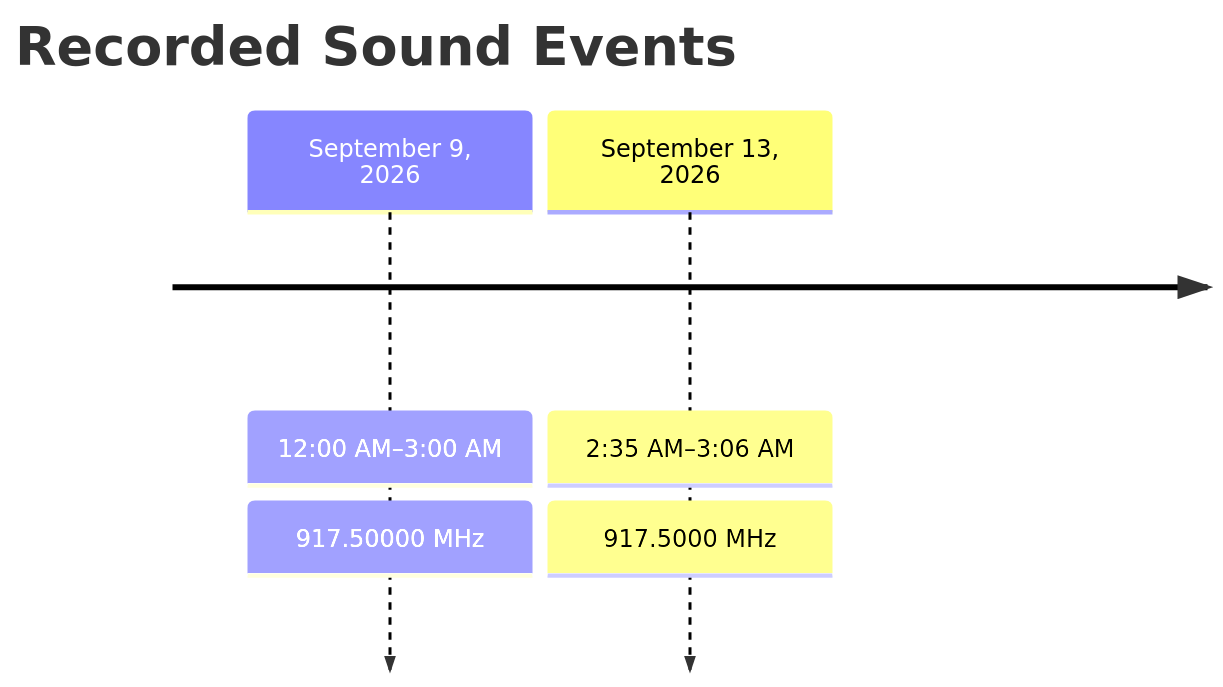
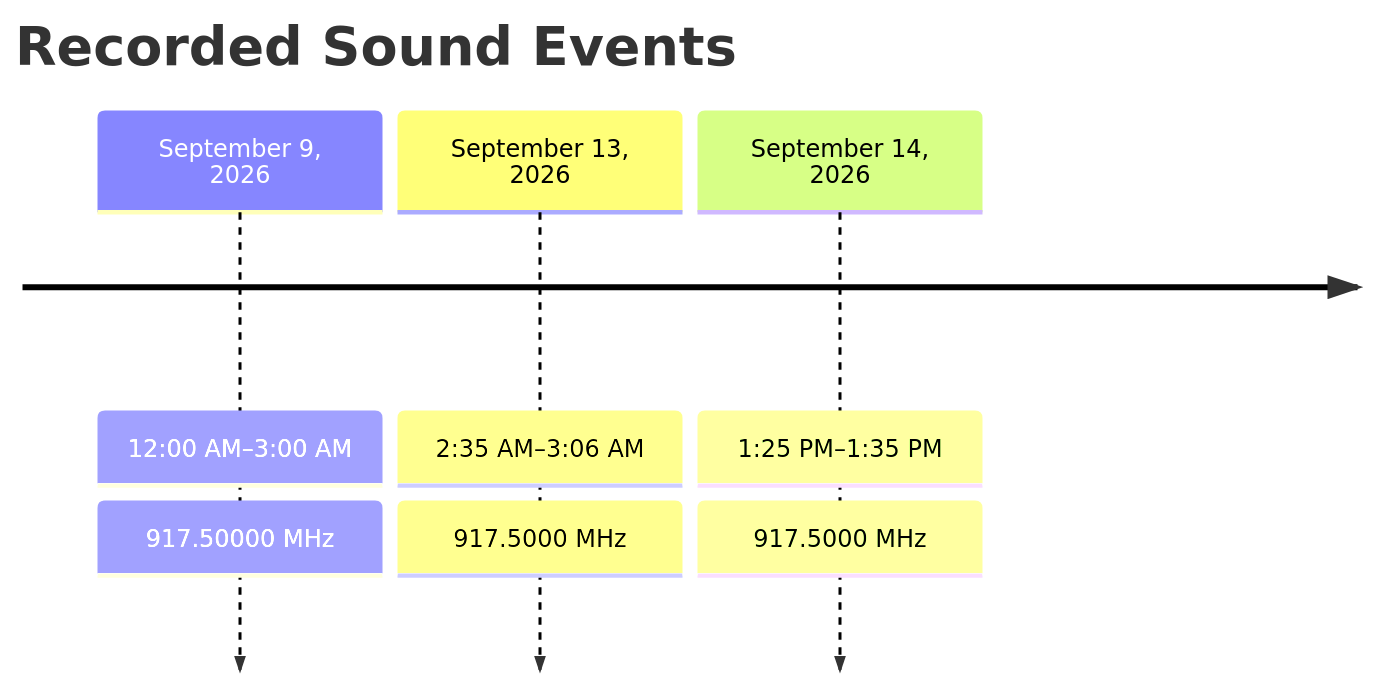
The second of 2 diagrams in README.md (DuckyOnQuack-999/ELECTROMAGNETIC-AUDIO-TRANSDUCTION), drawn with Mermaid before and after one commit. The commit also changed other lines of this file, not shown here.

````diff
--- a/README.md
+++ b/README.md
@@ -30,9 +30,11 @@
 ```mermaid
 timeline
     title Recorded Sound Events
 
     September 9, 2026 : 12:00 AM–3:00 AM
                        : 917.50000 MHz
     September 13, 2026 : 2:35 AM–3:06 AM
                         : 917.5000 MHz
+    September 14, 2026 : 1:25 PM–1:35 PM
+                        : 917.5000 MHz
 ```
````
